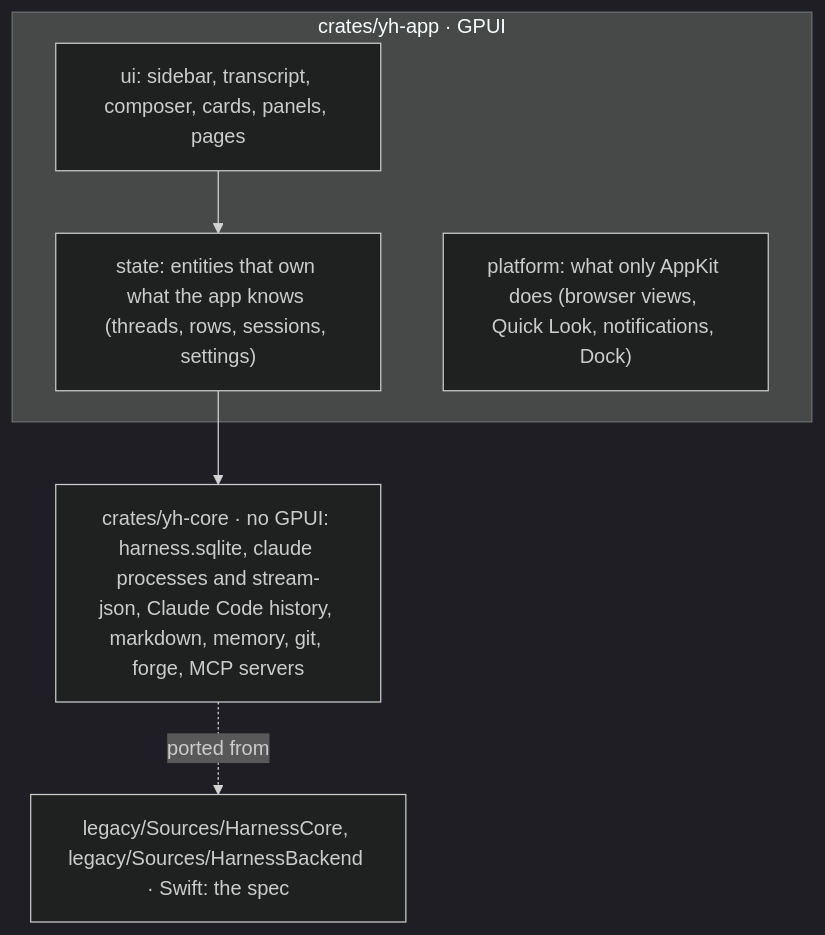
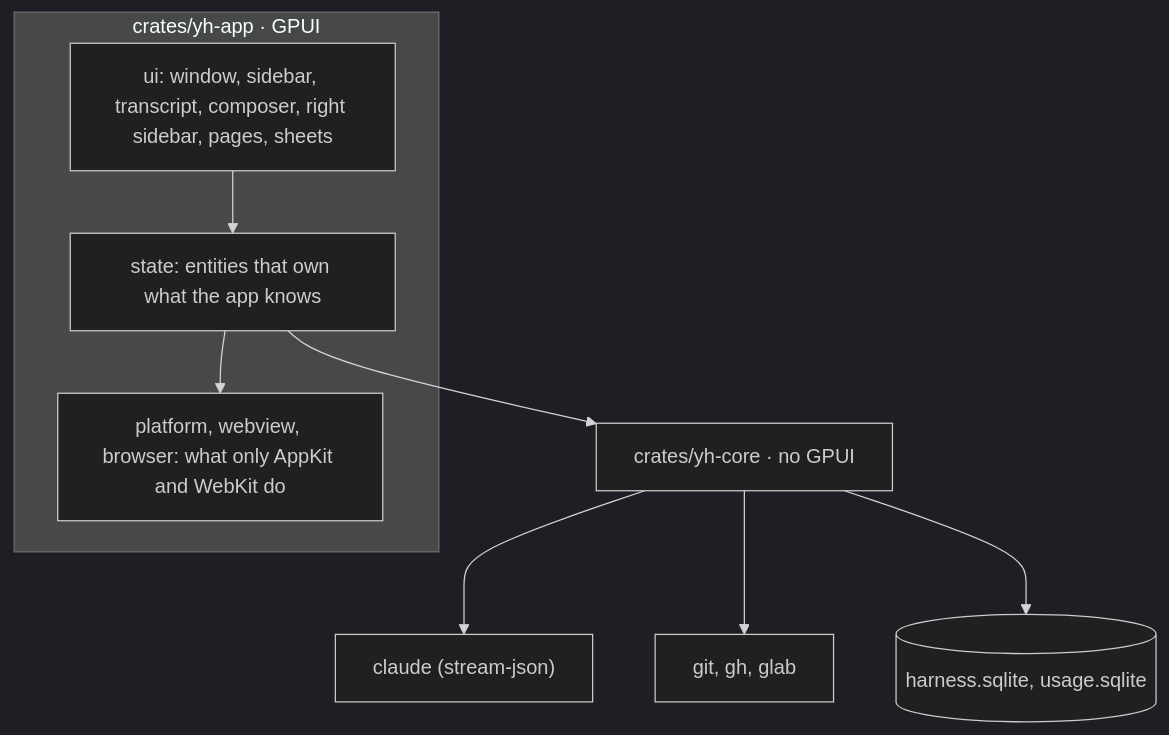
Before and after one commit to mdovhopo/yourharness: the diagram in docs/architecture.md, drawn with Mermaid (dark theme). The commit also changed other lines of this file and 5 other files, not shown here.

First line of the commit message:
Docs: the architecture, performance and storage of the app as it is

````diff
--- a/docs/architecture.md
+++ b/docs/architecture.md
@@ -13,13 +10,15 @@
 ```mermaid
 flowchart TB
   subgraph App["crates/yh-app · GPUI"]
-    UI["ui: sidebar, transcript, composer, cards, panels, pages"]
-    State["state: entities that own what the app knows (threads, rows, sessions, settings)"]
-    Mac["platform: what only AppKit does (browser views, Quick Look, notifications, Dock)"]
+    UI["ui: window, sidebar, transcript, composer, right sidebar, pages, sheets"]
+    State["state: entities that own what the app knows"]
+    Mac["platform, webview, browser: what only AppKit and WebKit do"]
     UI --> State
+    State --> Mac
   end
-  Core["crates/yh-core · no GPUI: harness.sqlite, claude processes and stream-json, Claude Code history, markdown, memory, git, forge, MCP servers"]
+  Core["crates/yh-core · no GPUI"]
   State --> Core
-  Legacy["legacy/Sources/HarnessCore, legacy/Sources/HarnessBackend · Swift: the spec"]
-  Core -. "ported from" .-> Legacy
+  Core --> Claude["claude (stream-json)"]
+  Core --> Tools["git, gh, glab"]
+  Core --> DB[("harness.sqlite, usage.sqlite")]
 ```
````
